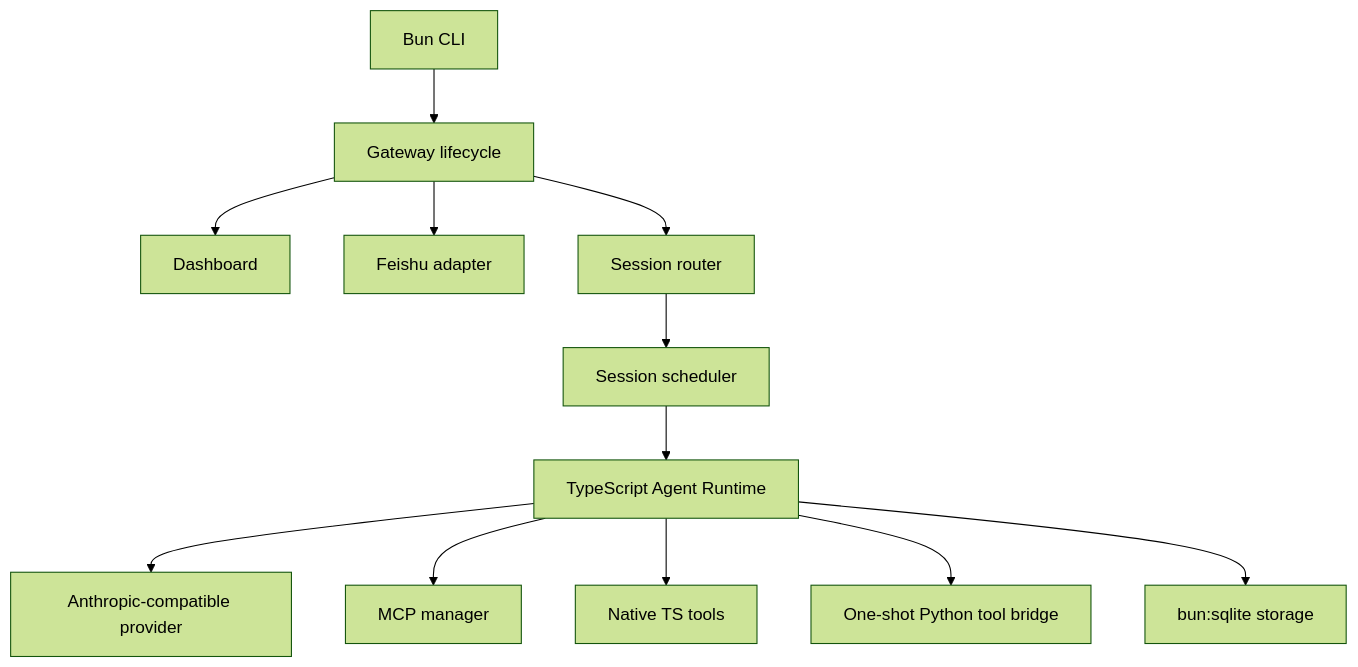
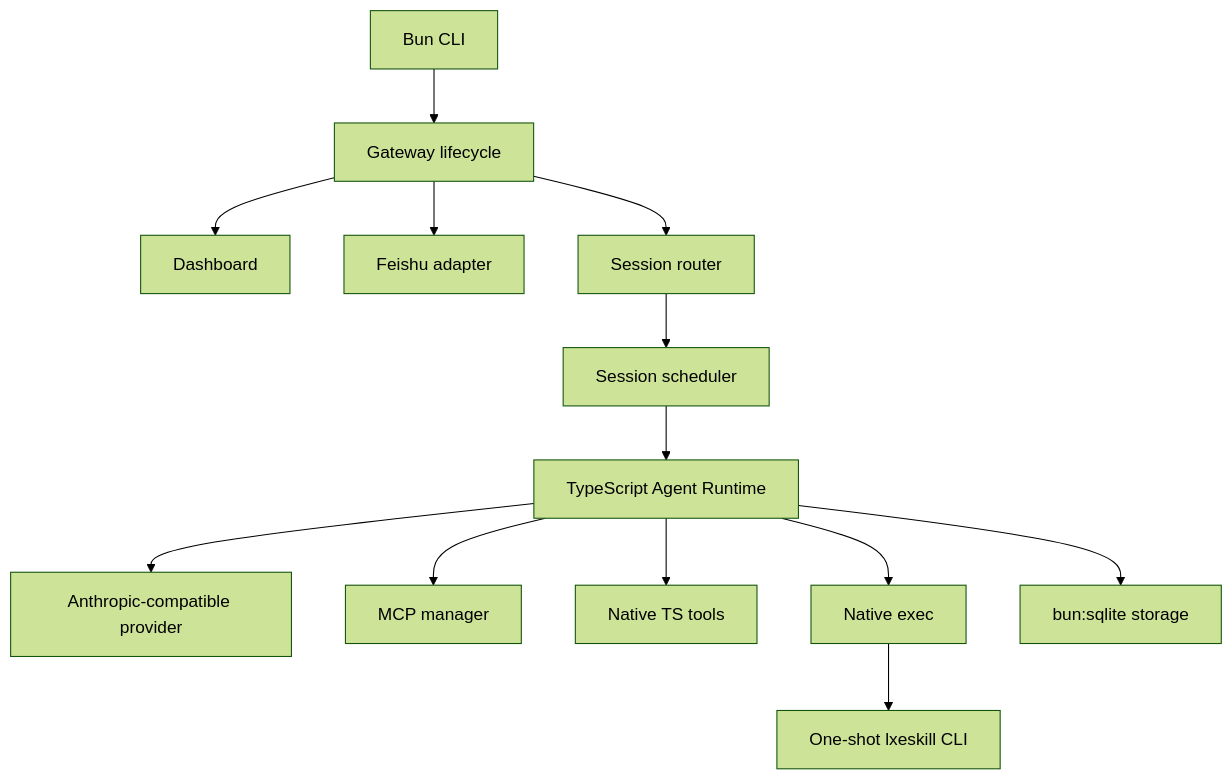
Before and after one commit to LXE123/LXE_AGENT: the diagram in docs/eventloop.md, drawn with Mermaid (forest theme). The commit also changed other lines of this file and 44 other files, not shown here.

````diff
--- a/docs/eventloop.md
+++ b/docs/eventloop.md
@@ -16,14 +16,15 @@
 ```mermaid
 flowchart TD
     A["Bun CLI"] --> B["Gateway lifecycle"]
     B --> C["Dashboard"]
     B --> D["Feishu adapter"]
     B --> E["Session router"]
     E --> F["Session scheduler"]
     F --> G["TypeScript Agent Runtime"]
     G --> H["Anthropic-compatible provider"]
     G --> I["MCP manager"]
     G --> J["Native TS tools"]
-    G --> K["One-shot Python tool bridge"]
+    G --> K["Native exec"]
+    K --> M["One-shot lxeskill CLI"]
     G --> L["bun:sqlite storage"]
 ```
````
